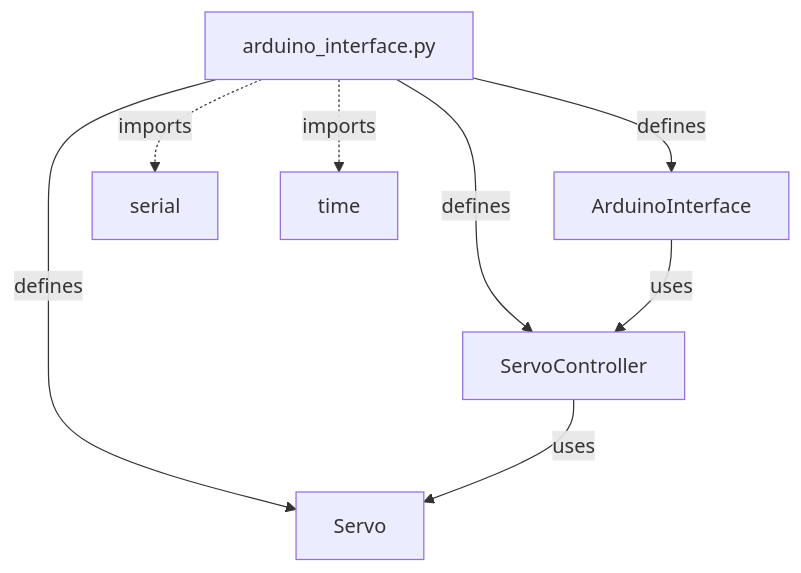
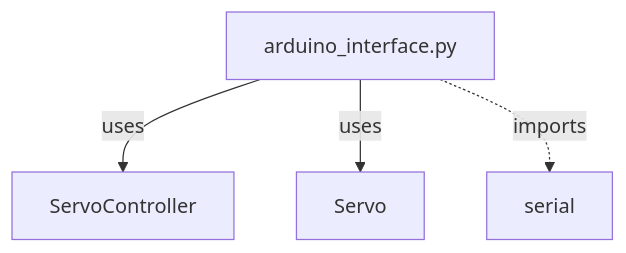
One commit to simonedland/Wheatley changed the diagram in wheatley/hardware/AI_Graph.md. Above: the diagram before and after it, drawn with Mermaid. The commit also changed 19 other files, not shown here.

````diff
--- a/wheatley/hardware/AI_Graph.md
+++ b/wheatley/hardware/AI_Graph.md
@@ -3,17 +3,7 @@
 ```mermaid
 graph TD
     arduino_interface_py["arduino_interface.py"]
-
-    %% Classes in arduino_interface.py
-    arduino_interface_py -->|defines| ArduinoInterface
-    arduino_interface_py -->|defines| Servo
-    arduino_interface_py -->|defines| ServoController
-
-    %% Internal relationships
-    ArduinoInterface -->|uses| ServoController
-    ServoController -->|uses| Servo
-
-    %% External dependencies
+    arduino_interface_py -->|uses| ServoController
+    arduino_interface_py -->|uses| Servo
     arduino_interface_py -.->|imports| serial
-    arduino_interface_py -.->|imports| time
 ```
````
